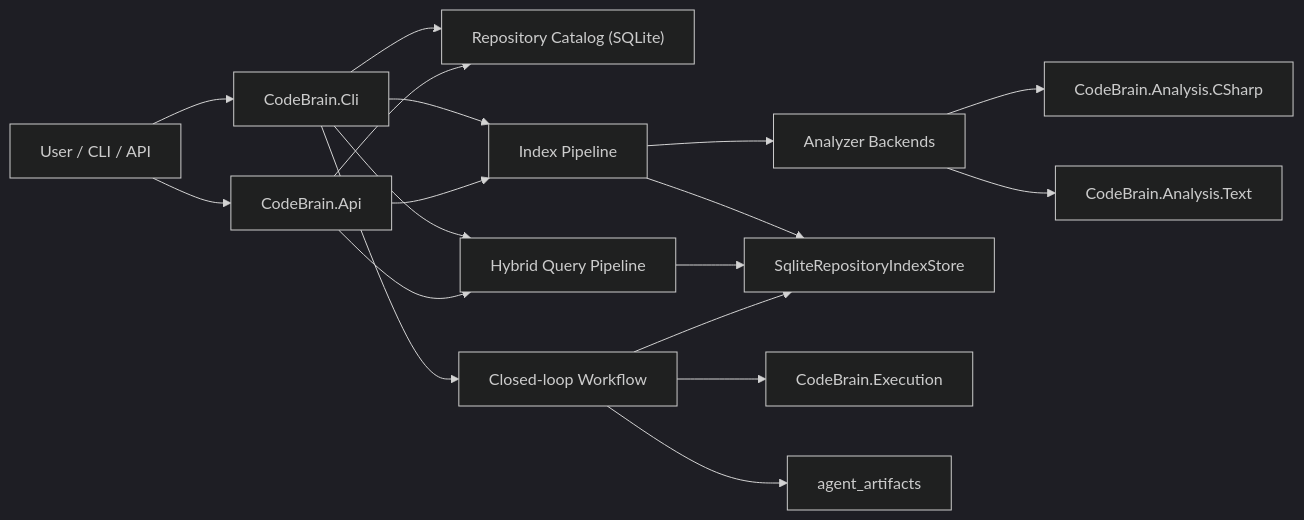
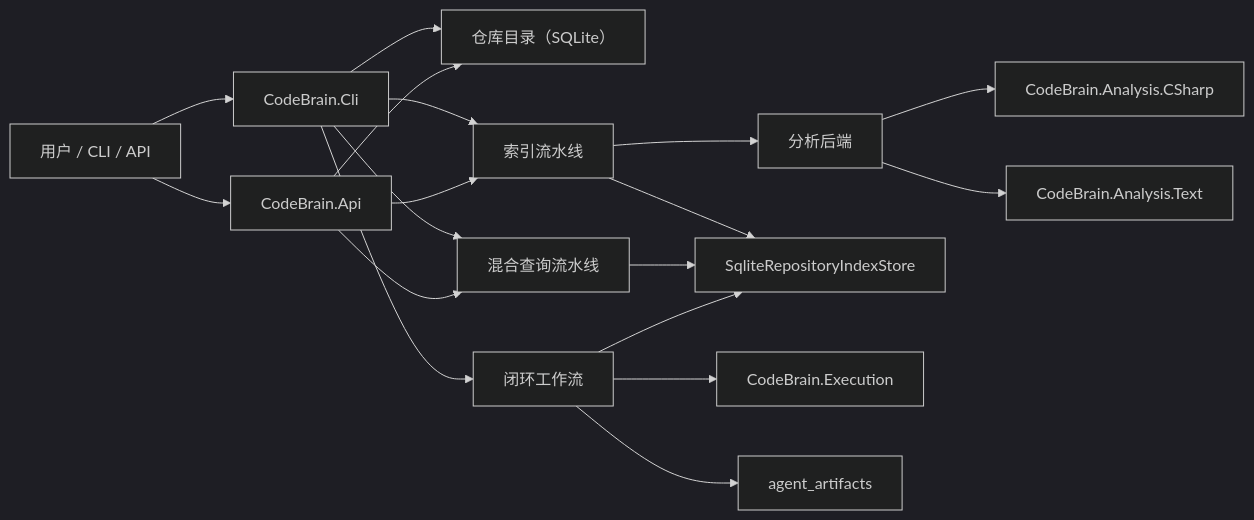
The first of 4 diagrams in ARCHITECTURE.md (Gavinluo/Oscar), drawn with Mermaid (dark theme) before and after one commit. The commit also changed other lines of this file and 15 other files, not shown here.

````diff
--- a/ARCHITECTURE.md
+++ b/ARCHITECTURE.md
@@ -14,25 +13,25 @@
 ```mermaid
 flowchart LR
-    U["User / CLI / API"] --> CLI["CodeBrain.Cli"]
+    U["用户 / CLI / API"] --> CLI["CodeBrain.Cli"]
     U --> API["CodeBrain.Api"]
 
-    CLI --> CATALOG["Repository Catalog (SQLite)"]
-    CLI --> INDEX["Index Pipeline"]
-    CLI --> QUERY["Hybrid Query Pipeline"]
-    CLI --> LOOP["Closed-loop Workflow"]
+    CLI --> CATALOG["仓库目录（SQLite）"]
+    CLI --> INDEX["索引流水线"]
+    CLI --> QUERY["混合查询流水线"]
+    CLI --> LOOP["闭环工作流"]
 
     API --> CATALOG
     API --> INDEX
     API --> QUERY
 
-    INDEX --> ANALYZERS["Analyzer Backends"]
+    INDEX --> ANALYZERS["分析后端"]
     ANALYZERS --> ROSLYN["CodeBrain.Analysis.CSharp"]
     ANALYZERS --> TEXT["CodeBrain.Analysis.Text"]
 
     INDEX --> STORE["SqliteRepositoryIndexStore"]
     QUERY --> STORE
     LOOP --> STORE
 
     LOOP --> EXEC["CodeBrain.Execution"]
     LOOP --> ART["agent_artifacts"]
 ```
````
